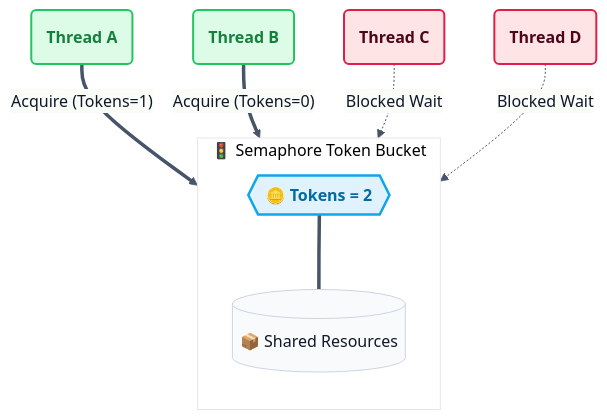
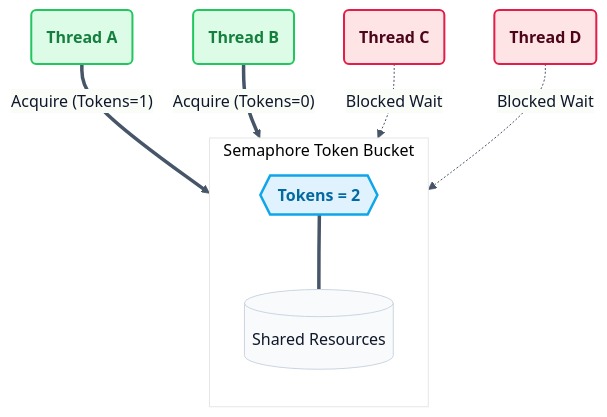
Before and after one commit to RameenAnwar/PDC-SP26-SE: the fifth of 9 diagrams in SyedMuhammadHuzaifaAshrafi-(23FA-035-SE)/Chapter02/README.md, drawn with Mermaid. The commit also changed other lines of this file and 5 other files, not shown here.

````diff
--- a/SyedMuhammadHuzaifaAshrafi-(23FA-035-SE)/Chapter02/README.md
+++ b/SyedMuhammadHuzaifaAshrafi-(23FA-035-SE)/Chapter02/README.md
@@ -195,24 +195,24 @@
 ```mermaid
 %%{init: {'theme': 'base', 'themeVariables': { 'lineColor': '#475569', 'primaryColor': '#f8fafc', 'primaryTextColor': '#0f172a', 'primaryBorderColor': '#cbd5e1' }}}%%
 flowchart TD
     %% Premium Semaphore Visual
     classDef sem fill:#e0f2fe,stroke:#0ea5e9,stroke-width:2.5px,color:#0369a1,font-weight:bold
     classDef pass fill:#dcfce7,stroke:#22c55e,stroke-width:2px,color:#15803d,font-weight:bold
     classDef block fill:#ffe4e6,stroke:#e11d48,stroke-width:2px,color:#4c0519,font-weight:bold
 
-    subgraph SEMAPHORE_BUCKET ["🚦 Semaphore Token Bucket"]
+    subgraph SEMAPHORE_BUCKET ["Semaphore Token Bucket"]
         direction TB
-        Bucket{{"🪙 Tokens = 2"}}
-        Resource[("📦 Shared Resources")]
+        Bucket{{"Tokens = 2"}}
+        Resource[("Shared Resources")]
         Bucket === Resource
     end
 
     T1("Thread A") == "Acquire (Tokens=1)" ==> Bucket
     T2("Thread B") == "Acquire (Tokens=0)" ==> Bucket
     T3("Thread C") -. "Blocked Wait" .-> Bucket
     T4("Thread D") -. "Blocked Wait" .-> Bucket
 
     class Bucket sem
     class T1,T2 pass
     class T3,T4 block
 ```
````
